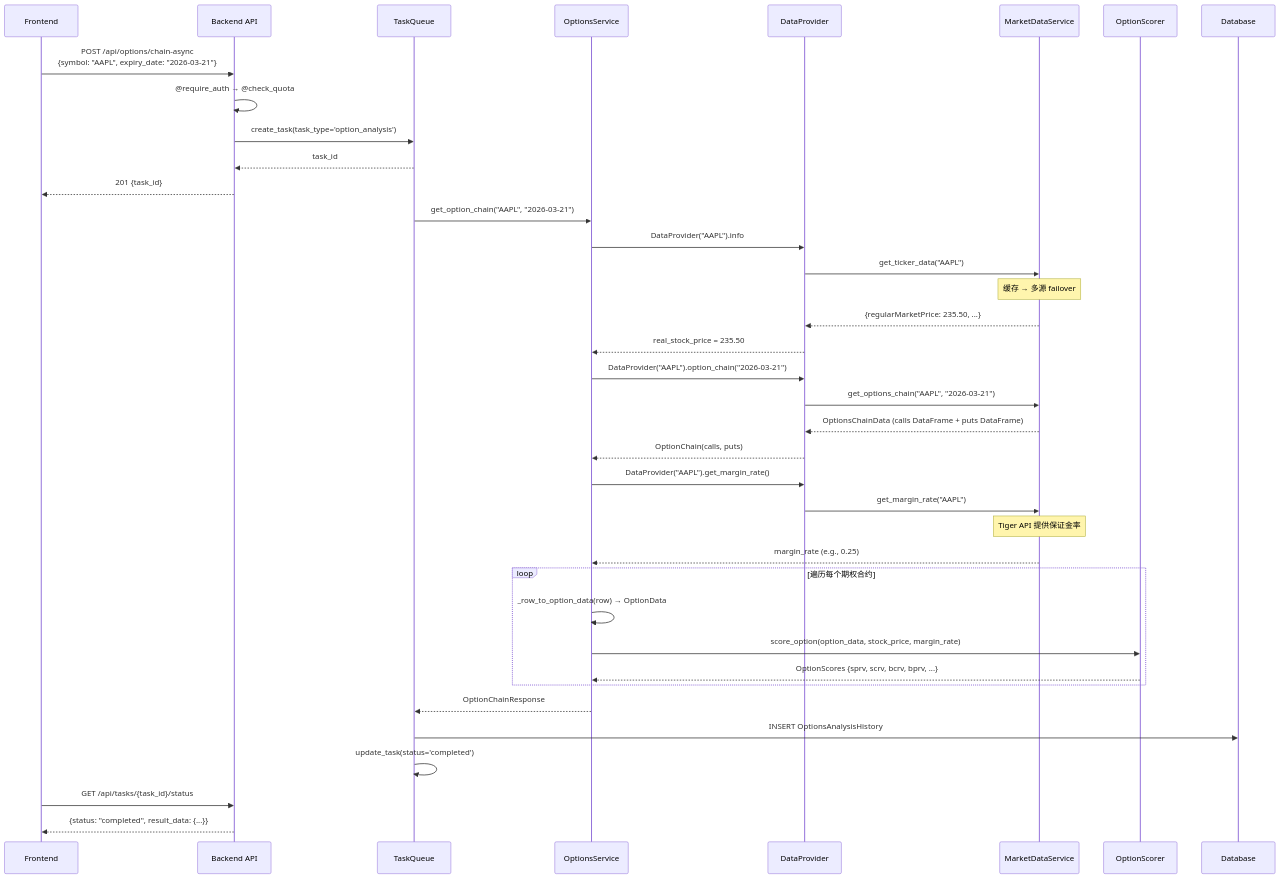
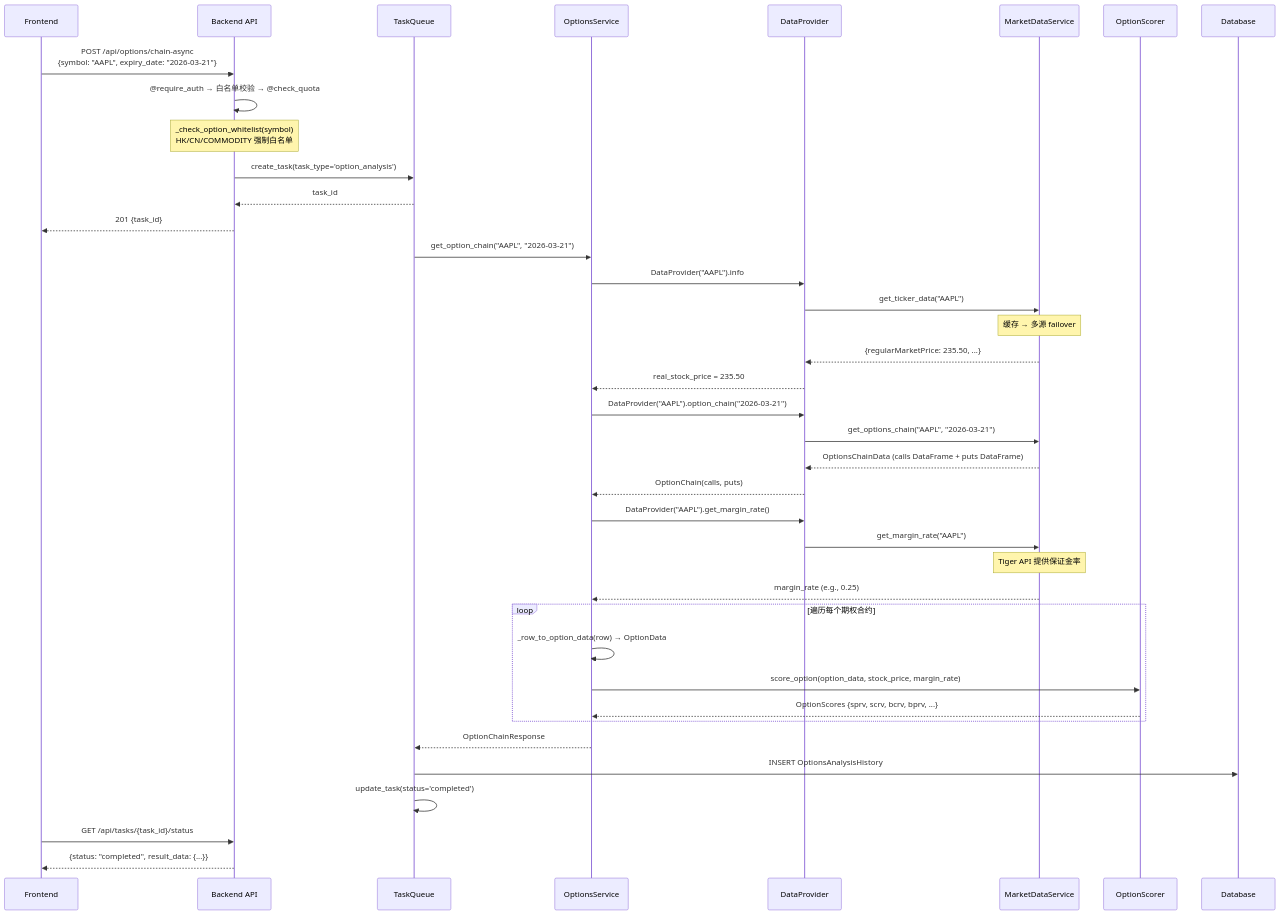
One commit to 0xminmin2025/2026AlphaGBM changed the second of 5 diagrams in backend/docs/05-business-flows/options-analysis-flow.md. Above: the diagram before and after it, drawn with Mermaid. The commit also changed other lines of this file and 12 other files, not shown here.

````diff
--- a/backend/docs/05-business-flows/options-analysis-flow.md
+++ b/backend/docs/05-business-flows/options-analysis-flow.md
@@ -55,48 +57,49 @@
 ```mermaid
 sequenceDiagram
     participant FE as Frontend
     participant BE as Backend API
     participant TQ as TaskQueue
     participant OS as OptionsService
     participant DP as DataProvider
     participant MDS as MarketDataService
     participant SC as OptionScorer
     participant DB as Database
 
     FE->>BE: POST /api/options/chain-async<br/>{symbol: "AAPL", expiry_date: "2026-03-21"}
-    BE->>BE: @require_auth → @check_quota
+    BE->>BE: @require_auth → 白名单校验 → @check_quota
+    Note over BE: _check_option_whitelist(symbol)<br/>HK/CN/COMMODITY 强制白名单
     BE->>TQ: create_task(task_type='option_analysis')
     TQ-->>BE: task_id
     BE-->>FE: 201 {task_id}
 
     TQ->>OS: get_option_chain("AAPL", "2026-03-21")
 
     OS->>DP: DataProvider("AAPL").info
     DP->>MDS: get_ticker_data("AAPL")
     Note over MDS: 缓存 → 多源 failover
     MDS-->>DP: {regularMarketPrice: 235.50, ...}
     DP-->>OS: real_stock_price = 235.50
 
     OS->>DP: DataProvider("AAPL").option_chain("2026-03-21")
     DP->>MDS: get_options_chain("AAPL", "2026-03-21")
     MDS-->>DP: OptionsChainData (calls DataFrame + puts DataFrame)
     DP-->>OS: OptionChain(calls, puts)
 
     OS->>DP: DataProvider("AAPL").get_margin_rate()
     DP->>MDS: get_margin_rate("AAPL")
     Note over MDS: Tiger API 提供保证金率
     MDS-->>OS: margin_rate (e.g., 0.25)
 
     loop 遍历每个期权合约
         OS->>OS: _row_to_option_data(row) → OptionData
         OS->>SC: score_option(option_data, stock_price, margin_rate)
         SC-->>OS: OptionScores {sprv, scrv, bcrv, bprv, ...}
     end
 
     OS-->>TQ: OptionChainResponse
     TQ->>DB: INSERT OptionsAnalysisHistory
     TQ->>TQ: update_task(status='completed')
 
     FE->>BE: GET /api/tasks/{task_id}/status
     BE-->>FE: {status: "completed", result_data: {...}}
 ```
````
